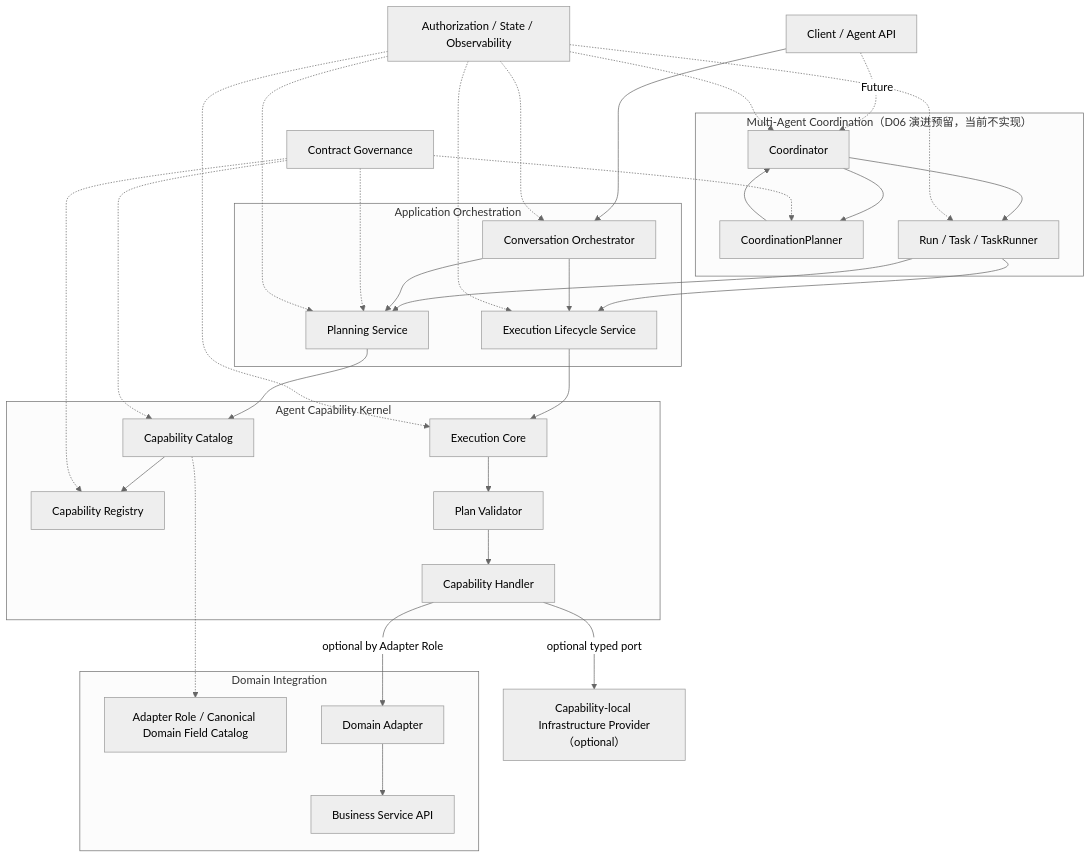
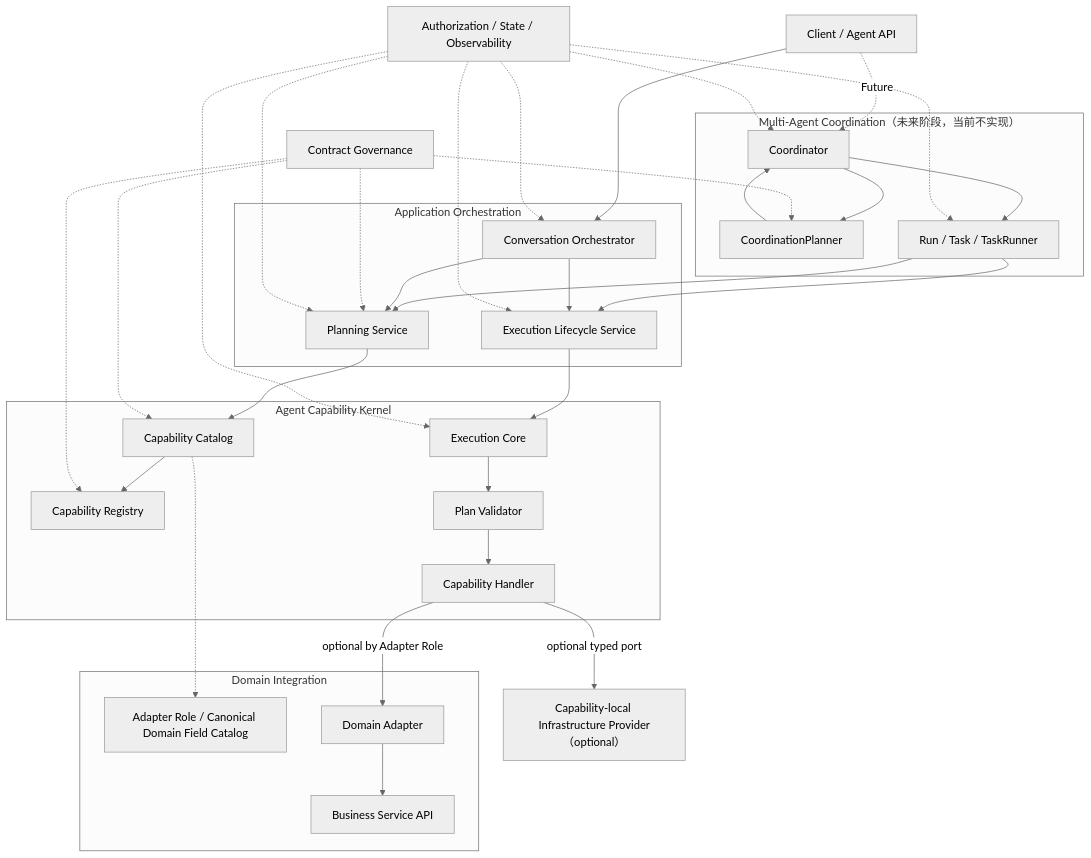
Before and after one commit to KyriosoO/springcloud-demo: the first of 3 diagrams in docs/design/Agent目标架构总览_v1.0.md, drawn with Mermaid (neutral theme). The commit also changed other lines of this file and 97 other files, not shown here.

````diff
--- a/docs/design/Agent目标架构总览_v1.0.md
+++ b/docs/design/Agent目标架构总览_v1.0.md
@@ -133,65 +134,65 @@
 ```mermaid
 flowchart TB
     CLIENT["Client / Agent API"]
 
-    subgraph FUTURE["Multi-Agent Coordination（D06 演进预留，当前不实现）"]
+    subgraph FUTURE["Multi-Agent Coordination（未来阶段，当前不实现）"]
         CO["Coordinator"]
         CP["CoordinationPlanner"]
         TS["Run / Task / TaskRunner"]
     end
 
     subgraph APP["Application Orchestration"]
         ORCH["Conversation Orchestrator"]
         PLAN["Planning Service"]
         LIFE["Execution Lifecycle Service"]
     end
 
     subgraph KERNEL["Agent Capability Kernel"]
         CAT["Capability Catalog"]
         REG["Capability Registry"]
         EXEC["Execution Core"]
         VAL["Plan Validator"]
         HANDLER["Capability Handler"]
     end
 
     subgraph DOMAIN["Domain Integration"]
         META["Adapter Role / Canonical Domain Field Catalog"]
         ADAPTER["Domain Adapter"]
         BIZ["Business Service API"]
     end
 
     INFRA["Capability-local Infrastructure Provider（optional）"]
 
     CONTRACT["Contract Governance"]
     STATE["Authorization / State / Observability"]
 
     CLIENT --> ORCH
     CLIENT -. Future .-> CO
     CO --> CP
     CP --> CO
     CO --> TS
     TS --> PLAN
     TS --> LIFE
     ORCH --> PLAN
     ORCH --> LIFE
     PLAN --> CAT
     CAT --> REG
     CAT -.-> META
     LIFE --> EXEC
     EXEC --> VAL
     VAL --> HANDLER
     HANDLER -->|"optional by Adapter Role"| ADAPTER
     HANDLER -->|"optional typed port"| INFRA
     ADAPTER --> BIZ
 
     CONTRACT -.-> PLAN
     CONTRACT -.-> CP
     CONTRACT -.-> CAT
     CONTRACT -.-> REG
     STATE -.-> ORCH
     STATE -.-> PLAN
     STATE -.-> LIFE
     STATE -.-> EXEC
     STATE -.-> CO
     STATE -.-> TS
 ```
````
